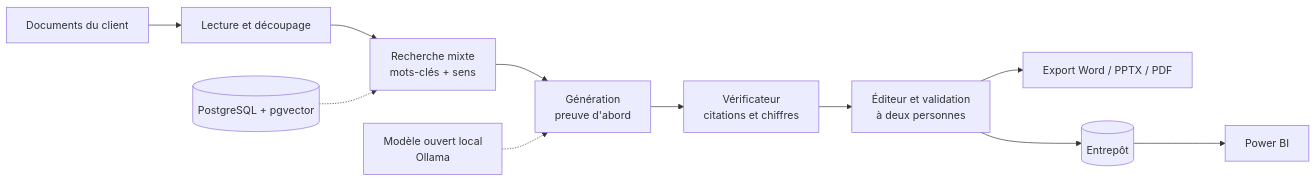
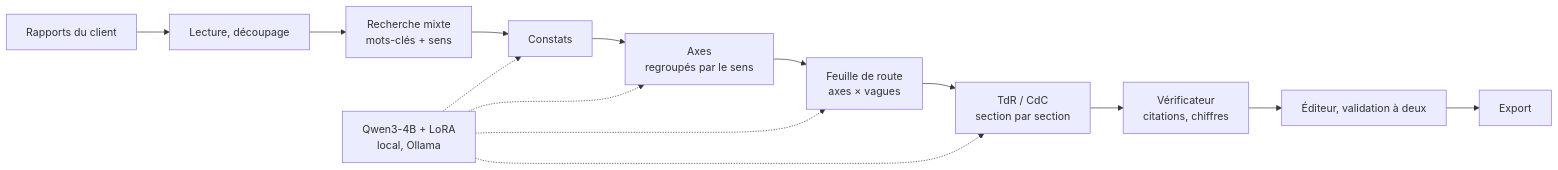
Before and after one commit to YoussefBY22/Cadrage-GenerationDoc-IA: the diagram in README.md, drawn with Mermaid. The commit also changed other lines of this file and 10 other files, not shown here.

````diff
--- a/README.md
+++ b/README.md
@@ -23,12 +36,8 @@
 ```mermaid
 flowchart LR
-  D[Documents du client] --> I[Lecture et découpage]
-  I --> R[Recherche mixte<br/>mots-clés + sens]
-  R --> G[Génération<br/>preuve d'abord]
-  G --> V[Vérificateur<br/>citations et chiffres]
-  V --> E[Éditeur et validation<br/>à deux personnes]
-  E --> X[Export Word / PPTX / PDF]
-  E --> W[(Entrepôt)] --> B[Power BI]
-  M[Modèle ouvert local<br/>Ollama] -.-> G
-  P[(PostgreSQL + pgvector)] -.-> R
+  D[Rapports du client] --> I[Lecture, découpage] --> R[Recherche mixte<br/>mots-clés + sens]
+  R --> C[Constats] --> A[Axes<br/>regroupés par le sens] --> F[Feuille de route<br/>axes × vagues]
+  F --> T[TdR / CdC<br/>section par section]
+  T --> V[Vérificateur<br/>citations, chiffres] --> E[Éditeur, validation à deux] --> X[Export]
+  M[Qwen3-4B + LoRA<br/>local, Ollama] -.-> C & A & F & T
 ```
````
